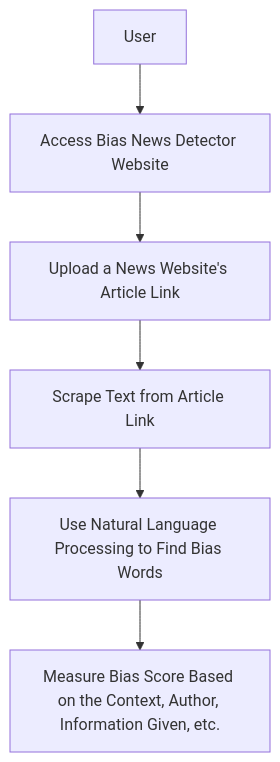
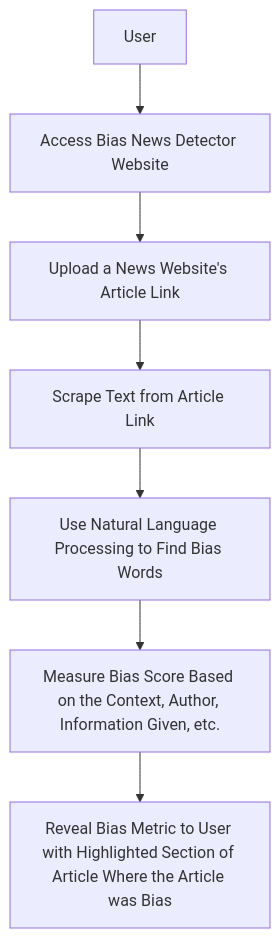
One commit to JordanDotPy/Senior_Capstone changed the third of 3 diagrams in homeworks/assignment4_design_diagrams.md. Above: the diagram before and after it, drawn with Mermaid.

````diff
--- a/homeworks/assignment4_design_diagrams.md
+++ b/homeworks/assignment4_design_diagrams.md
@@ -25,9 +25,10 @@
 ```mermaid
 graph TD;
     A[User] --> B;
     B[Access Bias News Detector Website] --> C;
     C[Upload a News Website's Article Link] --> D;
     D[Scrape Text from Article Link] --> E;
     E[Use Natural Language Processing to Find Bias Words] --> F;
-    F[Measure Bias Score Based on the Context, Author, Information Given, etc.];
+    F[Measure Bias Score Based on the Context, Author, Information Given, etc.] -->G;
+    G[Reveal Bias Metric to User with Highlighted Section of Article Where the Article was Bias];
 ```
````
